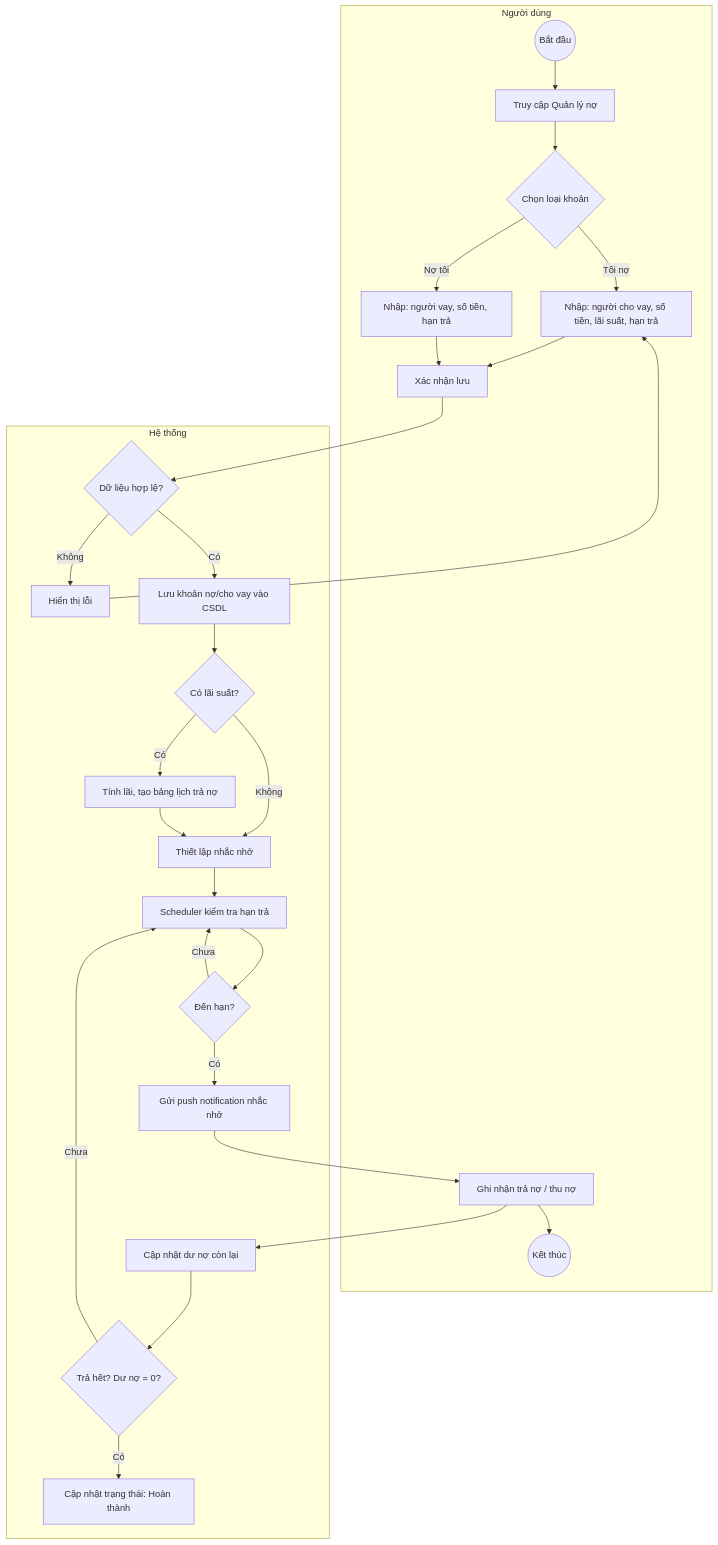
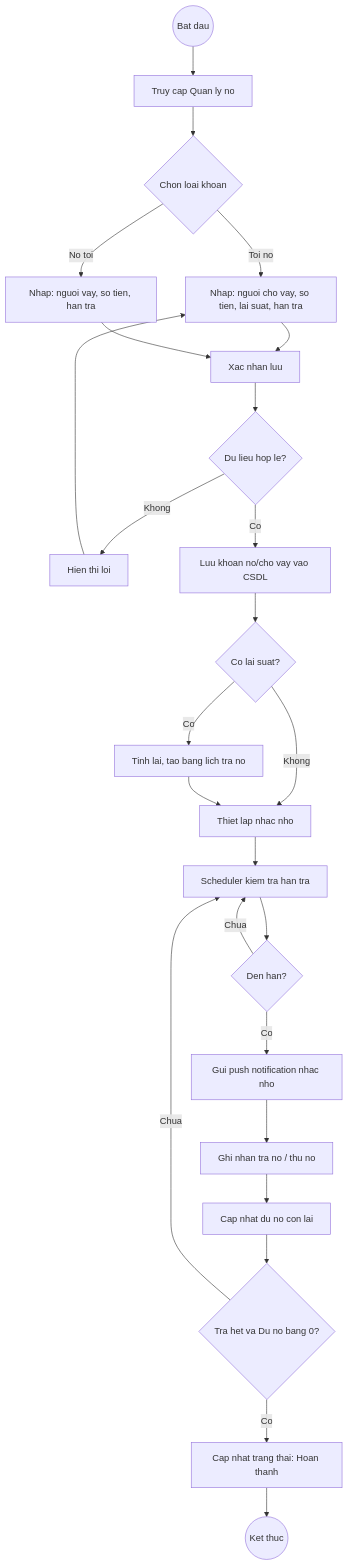
Before and after one commit to Hieu-vn/Graduation-Thesis: the seventh of 10 diagrams in Nghiên cứu MISA MoneyKeeper.md, drawn with Mermaid. The commit also changed other lines of this file, not shown here.

First line of the commit message:
fix: Rewrite all 10 mermaid diagrams for GitHub rendering

````diff
--- a/Nghiên cứu MISA MoneyKeeper.md
+++ b/Nghiên cứu MISA MoneyKeeper.md
@@ -240,30 +214,26 @@
 ```mermaid
 flowchart TD
-    subgraph "Người dùng"
-        A((Bắt đầu)) --> B[Truy cập Quản lý nợ]
-        B --> C{Chọn loại khoản}
-        C -->|Tôi nợ| D1["Nhập: người cho vay, số tiền, lãi suất, hạn trả"]
-        C -->|Nợ tôi| D2["Nhập: người vay, số tiền, hạn trả"]
-        D1 --> E[Xác nhận lưu]
-        D2 --> E
-        K[Ghi nhận trả nợ / thu nợ] --> L((Kết thúc))
-    end
-    subgraph "Hệ thống"
-        E --> F{Dữ liệu hợp lệ?}
-        F -->|Không| F2[Hiển thị lỗi] --> D1
-        F -->|Có| G[Lưu khoản nợ/cho vay vào CSDL]
-        G --> G2{Có lãi suất?}
-        G2 -->|Có| G3[Tính lãi, tạo bảng lịch trả nợ]
-        G2 -->|Không| G4[Thiết lập nhắc nhở]
-        G3 --> G4
-        G4 --> H["Scheduler kiểm tra hạn trả"]
-        H --> I{Đến hạn?}
-        I -->|Chưa| H
-        I -->|Có| J[Gửi push notification nhắc nhở]
-        J --> K
-        K --> K2[Cập nhật dư nợ còn lại]
-        K2 --> K3{Trả hết? Dư nợ = 0?}
-        K3 -->|Có| K4["Cập nhật trạng thái: Hoàn thành"]
-        K3 -->|Chưa| H
-    end
+    A((Bat dau)) --> B[Truy cap Quan ly no]
+    B --> C{Chon loai khoan}
+    C -->|Toi no| D1[Nhap: nguoi cho vay, so tien, lai suat, han tra]
+    C -->|No toi| D2[Nhap: nguoi vay, so tien, han tra]
+    D1 --> E[Xac nhan luu]
+    D2 --> E
+    E --> F{Du lieu hop le?}
+    F -->|Khong| F2[Hien thi loi] --> D1
+    F -->|Co| G[Luu khoan no/cho vay vao CSDL]
+    G --> G2{Co lai suat?}
+    G2 -->|Co| G3[Tinh lai, tao bang lich tra no]
+    G2 -->|Khong| G4[Thiet lap nhac nho]
+    G3 --> G4
+    G4 --> H[Scheduler kiem tra han tra]
+    H --> I{Den han?}
+    I -->|Chua| H
+    I -->|Co| J[Gui push notification nhac nho]
+    J --> K[Ghi nhan tra no / thu no]
+    K --> K2[Cap nhat du no con lai]
+    K2 --> K3{Tra het va Du no bang 0?}
+    K3 -->|Co| K4[Cap nhat trang thai: Hoan thanh]
+    K3 -->|Chua| H
+    K4 --> L((Ket thuc))
 ```
````
